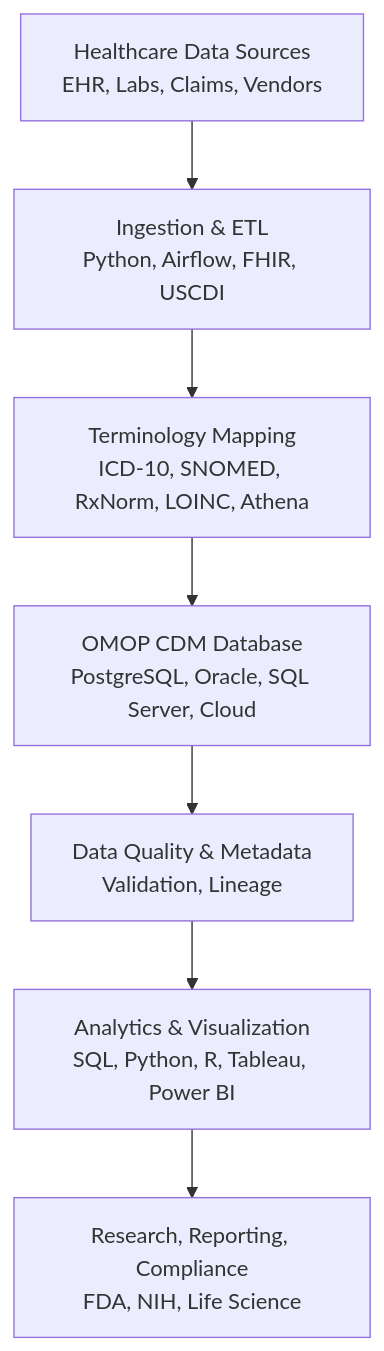
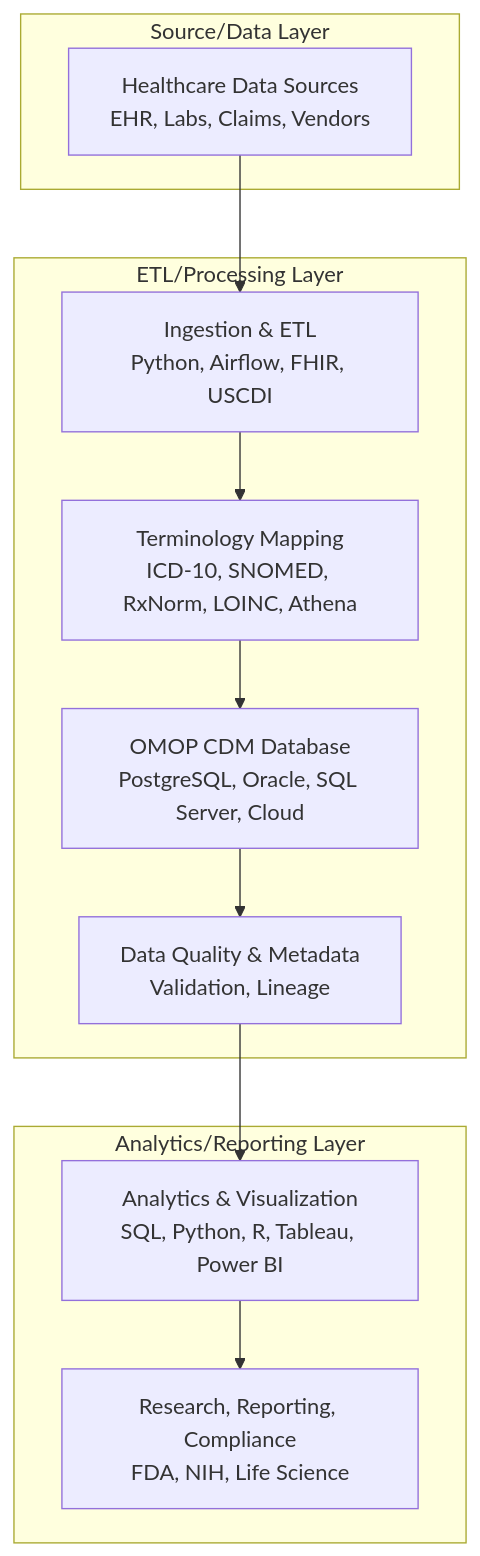
The diagram in docs/PROJECT_OVERVIEW.md (justin-mbca/omop-clinical-data-pipeline), drawn with Mermaid before and after one commit. The commit also changed other lines of this file, not shown here.

Commit message:
Group Data Workflow Diagram by layer in vertical one-column format

````diff
--- a/docs/PROJECT_OVERVIEW.md
+++ b/docs/PROJECT_OVERVIEW.md
@@ -17,12 +17,23 @@
 ```mermaid
 flowchart TD
-   S1[Healthcare Data Sources\nEHR, Labs, Claims, Vendors]
-   E1[Ingestion & ETL\nPython, Airflow, FHIR, USCDI]
-   E2[Terminology Mapping\nICD-10, SNOMED, RxNorm, LOINC, Athena]
-   E3[OMOP CDM Database\nPostgreSQL, Oracle, SQL Server, Cloud]
-   E4[Data Quality & Metadata\nValidation, Lineage]
-   A1[Analytics & Visualization\nSQL, Python, R, Tableau, Power BI]
-   A2[Research, Reporting, Compliance\nFDA, NIH, Life Science]
+   subgraph SOURCE[Source/Data Layer]
+      S1[Healthcare Data Sources\nEHR, Labs, Claims, Vendors]
+   end
+   subgraph ETL[ETL/Processing Layer]
+      E1[Ingestion & ETL\nPython, Airflow, FHIR, USCDI]
+      E2[Terminology Mapping\nICD-10, SNOMED, RxNorm, LOINC, Athena]
+      E3[OMOP CDM Database\nPostgreSQL, Oracle, SQL Server, Cloud]
+      E4[Data Quality & Metadata\nValidation, Lineage]
+   end
+   subgraph ANALYTICS[Analytics/Reporting Layer]
+      A1[Analytics & Visualization\nSQL, Python, R, Tableau, Power BI]
+      A2[Research, Reporting, Compliance\nFDA, NIH, Life Science]
+   end
 
-   S1 --> E1 --> E2 --> E3 --> E4 --> A1 --> A2
+   S1 --> E1
+   E1 --> E2
+   E2 --> E3
+   E3 --> E4
+   E4 --> A1
+   A1 --> A2
 ```
````
